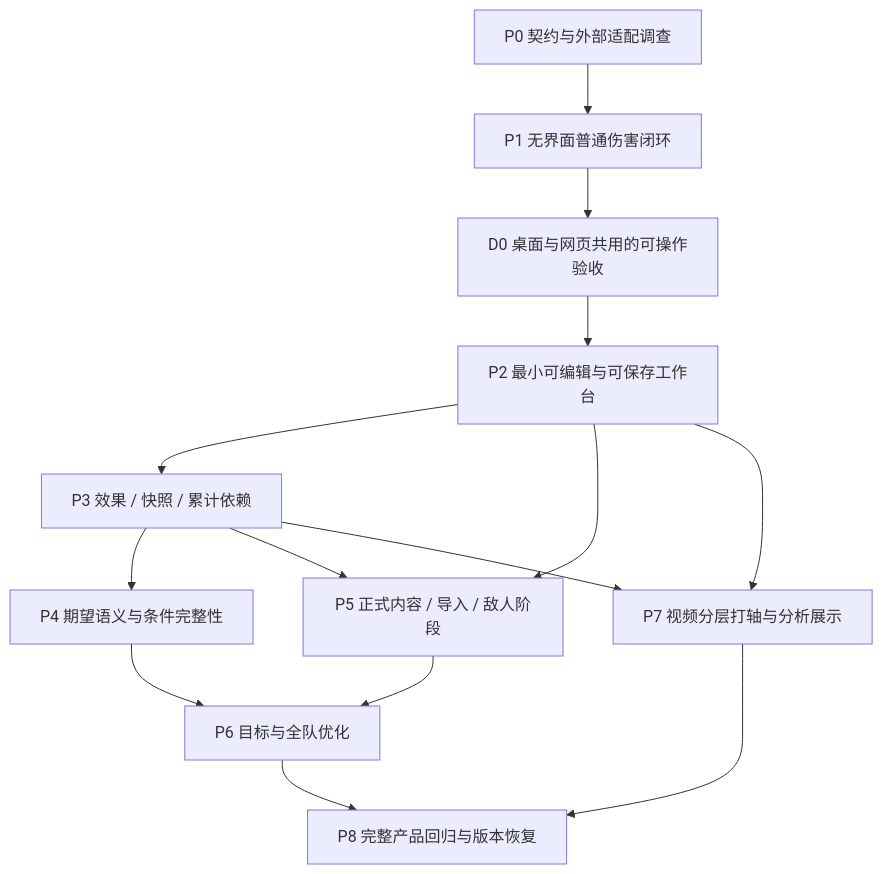
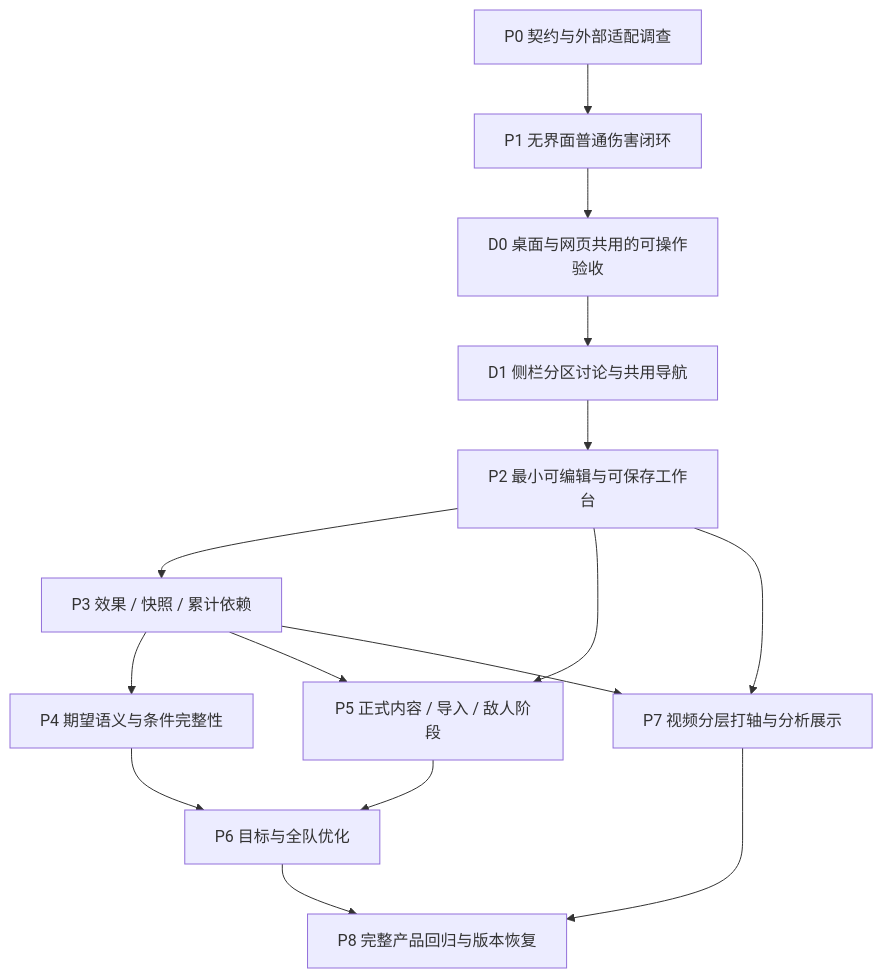
The diagram in docs/planning/implementation-roadmap.md (YJX-01/LeyLine-Simulator), drawn with Mermaid before and after one commit. The commit also changed other lines of this file and 5 other files, not shown here.

````diff
--- a/docs/planning/implementation-roadmap.md
+++ b/docs/planning/implementation-roadmap.md
@@ -17,16 +21,17 @@
 ```mermaid
 flowchart TD
   P0[P0 契约与外部适配调查] --> P1[P1 无界面普通伤害闭环]
   P1 --> D0[D0 桌面与网页共用的可操作验收]
-  D0 --> P2[P2 最小可编辑与可保存工作台]
+  D0 --> D1[D1 侧栏分区讨论与共用导航]
+  D1 --> P2[P2 最小可编辑与可保存工作台]
   P2 --> P3[P3 效果 / 快照 / 累计依赖]
   P3 --> P4[P4 期望语义与条件完整性]
   P2 --> P5[P5 正式内容 / 导入 / 敌人阶段]
   P3 --> P5
   P4 --> P6[P6 目标与全队优化]
   P5 --> P6
   P2 --> P7[P7 视频分层打轴与分析展示]
   P3 --> P7
   P6 --> P8[P8 完整产品回归与版本恢复]
   P7 --> P8
 ```
````
